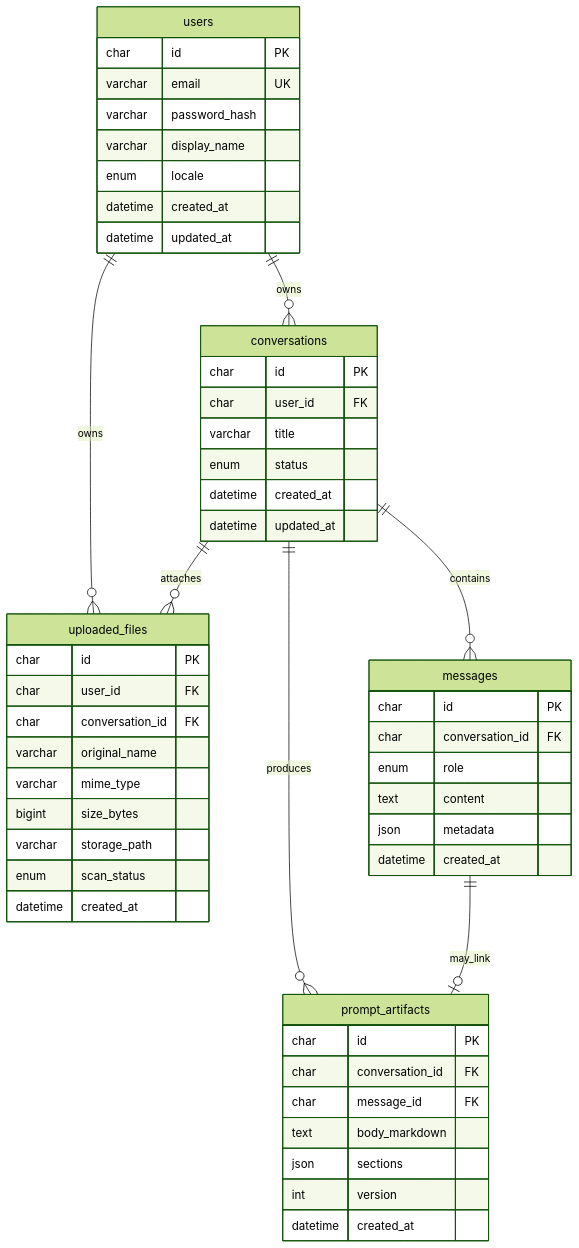
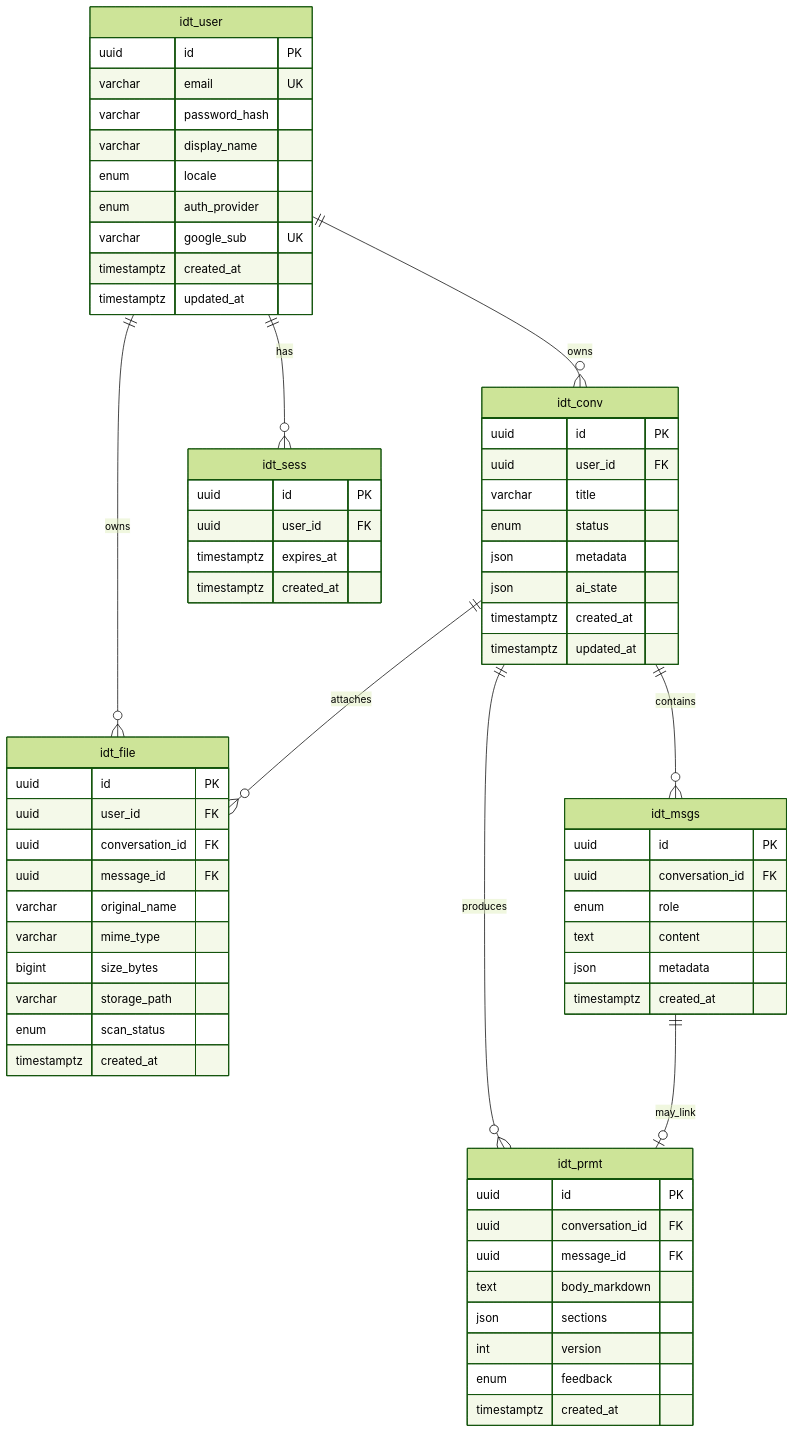
One commit to MatteoDiPerna/IntentDraft changed the diagram in docs/product/architecture/database-design.md. Above: the diagram before and after it, drawn with Mermaid (forest theme). The commit also changed other lines of this file and 30 other files, not shown here.

First line of the commit message:
Backend IntentDraft: scaffold Fastify/Prisma su Supabase, schema idt_* e worklog.

````diff
--- a/docs/product/architecture/database-design.md
+++ b/docs/product/architecture/database-design.md
@@ -38,59 +54,73 @@
 ```mermaid
 erDiagram
-  users ||--o{ conversations : owns
-  users ||--o{ uploaded_files : owns
-  conversations ||--o{ messages : contains
-  conversations ||--o{ uploaded_files : attaches
-  conversations ||--o{ prompt_artifacts : produces
-  messages ||--o| prompt_artifacts : may_link
+  idt_user ||--o{ idt_conv : owns
+  idt_user ||--o{ idt_file : owns
+  idt_user ||--o{ idt_sess : has
+  idt_conv ||--o{ idt_msgs : contains
+  idt_conv ||--o{ idt_file : attaches
+  idt_conv ||--o{ idt_prmt : produces
+  idt_msgs ||--o| idt_prmt : may_link
 
-  users {
-    char id PK
+  idt_user {
+    uuid id PK
     varchar email UK
     varchar password_hash
     varchar display_name
     enum locale
-    datetime created_at
-    datetime updated_at
+    enum auth_provider
+    varchar google_sub UK
+    timestamptz created_at
+    timestamptz updated_at
   }
 
-  conversations {
-    char id PK
-    char user_id FK
+  idt_sess {
+    uuid id PK
+    uuid user_id FK
+    timestamptz expires_at
+    timestamptz created_at
+  }
+
+  idt_conv {
+    uuid id PK
+    uuid user_id FK
     varchar title
     enum status
-    datetime created_at
-    datetime updated_at
+    json metadata
+    json ai_state
+    timestamptz created_at
+    timestamptz updated_at
   }
 
-  messages {
-    char id PK
-    char conversation_id FK
+  idt_msgs {
+    uuid id PK
+    uuid conversation_id FK
     enum role
     text content
     json metadata
-    datetime created_at
+    timestamptz created_at
   }
 
-  uploaded_files {
-    char id PK
-    char user_id FK
-    char conversation_id FK
+  idt_file {
+    uuid id PK
+    uuid user_id FK
+    uuid conversation_id FK
+    uuid message_id FK
     varchar original_name
     varchar mime_type
     bigint size_bytes
     varchar storage_path
     enum scan_status
-    datetime created_at
+    timestamptz created_at
   }
 
-  prompt_artifacts {
-    char id PK
-    char conversation_id FK
-    char message_id FK
+  idt_prmt {
+    uuid id PK
+    uuid conversation_id FK
+    uuid message_id FK
     text body_markdown
     json sections
     int version
-    datetime created_at
+    enum feedback
+    timestamptz created_at
   }
 ```
````
